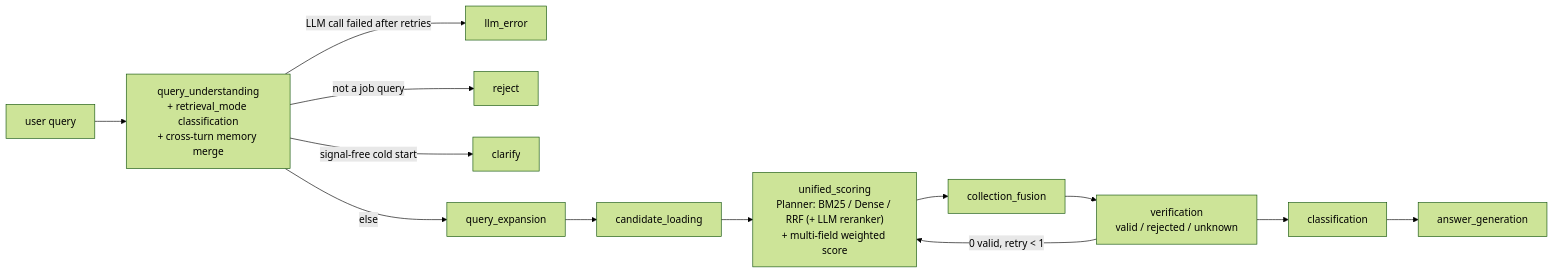
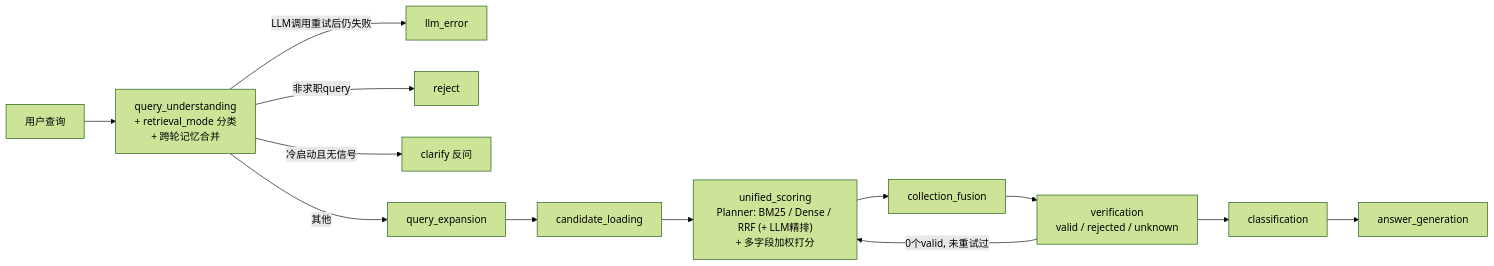
One commit to z8ri/job-intelligence-agent changed the diagram in README.md. Above: the diagram before and after it, drawn with Mermaid (forest theme). The commit also changed other lines of this file and 2 other files, not shown here.

````diff
--- a/README.md
+++ b/README.md
@@ -17,13 +17,13 @@
 ```mermaid
 flowchart LR
-    Q[user query] --> QU["query_understanding<br/>+ retrieval_mode classification<br/>+ cross-turn memory merge"]
-    QU -- LLM call failed after retries --> LE[llm_error]
-    QU -- not a job query --> RJ[reject]
-    QU -- signal-free cold start --> CL[clarify]
-    QU -- else --> QE[query_expansion] --> CA[candidate_loading]
-    CA --> SC["unified_scoring<br/>Planner: BM25 / Dense / RRF (+ LLM reranker)<br/>+ multi-field weighted score"]
+    Q[用户查询] --> QU["query_understanding<br/>+ retrieval_mode 分类<br/>+ 跨轮记忆合并"]
+    QU -- LLM调用重试后仍失败 --> LE[llm_error]
+    QU -- 非求职query --> RJ[reject]
+    QU -- 冷启动且无信号 --> CL[clarify 反问]
+    QU -- 其他 --> QE[query_expansion] --> CA[candidate_loading]
+    CA --> SC["unified_scoring<br/>Planner: BM25 / Dense / RRF (+ LLM精排)<br/>+ 多字段加权打分"]
     SC --> CF[collection_fusion]
     CF --> V["verification<br/>valid / rejected / unknown"]
-    V -- 0 valid, retry < 1 --> SC
+    V -- 0个valid, 未重试过 --> SC
     V --> CT[classification] --> AG[answer_generation]
 ```
````
